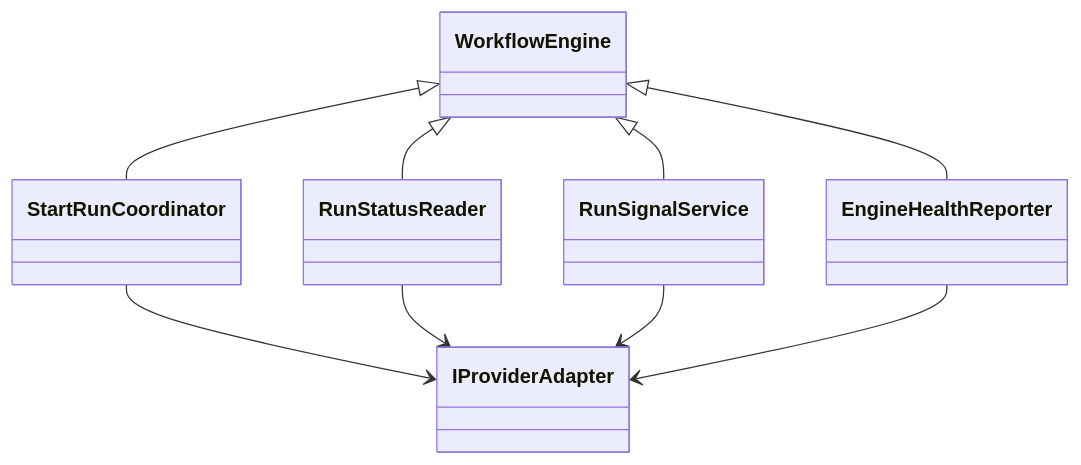
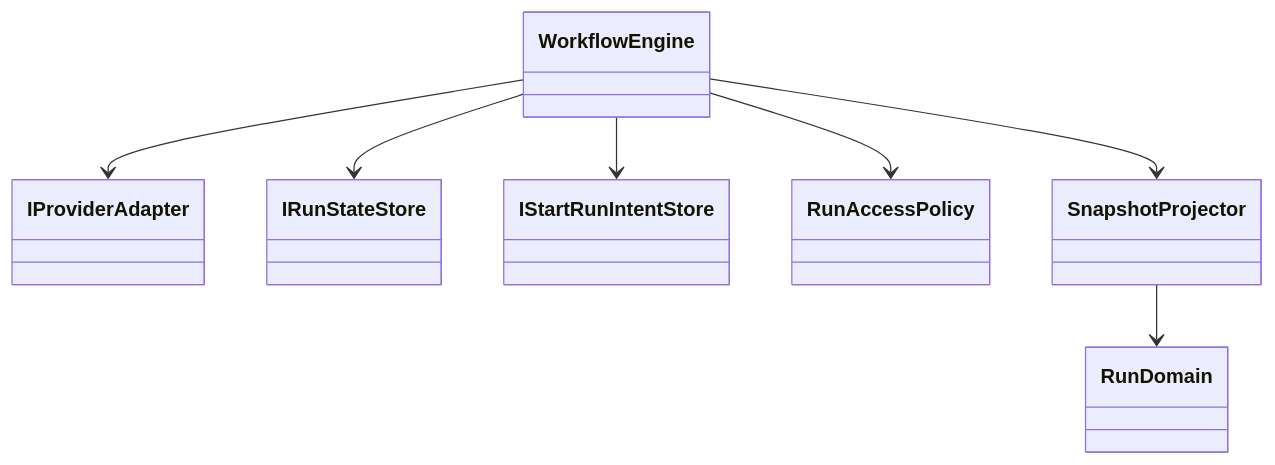
Before and after one commit to dunay2/dvt: the first of 4 diagrams in docs/architecture/system-delivery-status.md, drawn with Mermaid. The commit also changed other lines of this file and 2 other files, not shown here.

Commit message:
docs(engine): Align architecture docs with current code

````diff
--- a/docs/architecture/system-delivery-status.md
+++ b/docs/architecture/system-delivery-status.md
@@ -167,11 +167,9 @@
 ```mermaid
 classDiagram
-    WorkflowEngine <|-- StartRunCoordinator
-    WorkflowEngine <|-- RunStatusReader
-    WorkflowEngine <|-- RunSignalService
-    WorkflowEngine <|-- EngineHealthReporter
-    StartRunCoordinator --> IProviderAdapter
-    RunStatusReader --> IProviderAdapter
-    RunSignalService --> IProviderAdapter
-    EngineHealthReporter --> IProviderAdapter
+    WorkflowEngine --> IProviderAdapter
+    WorkflowEngine --> IRunStateStore
+    WorkflowEngine --> IStartRunIntentStore
+    WorkflowEngine --> RunAccessPolicy
+    WorkflowEngine --> SnapshotProjector
+    SnapshotProjector --> RunDomain
 ```
````
